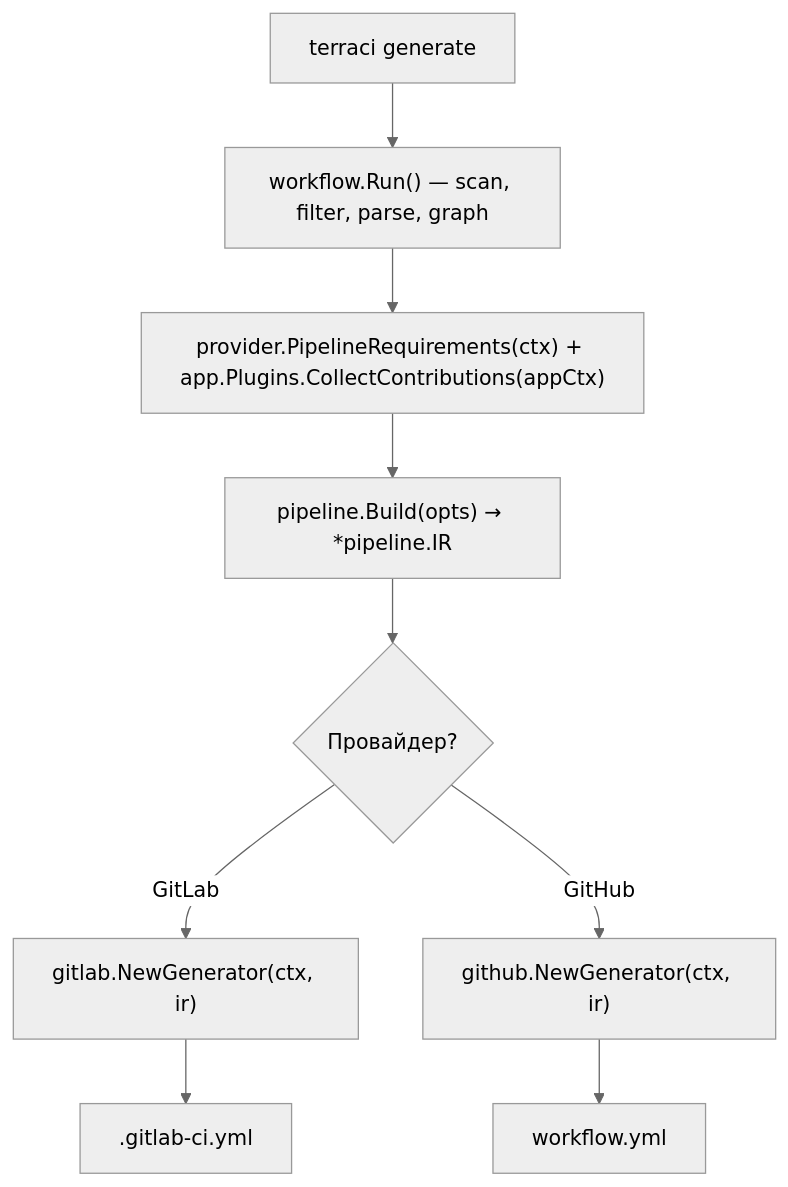
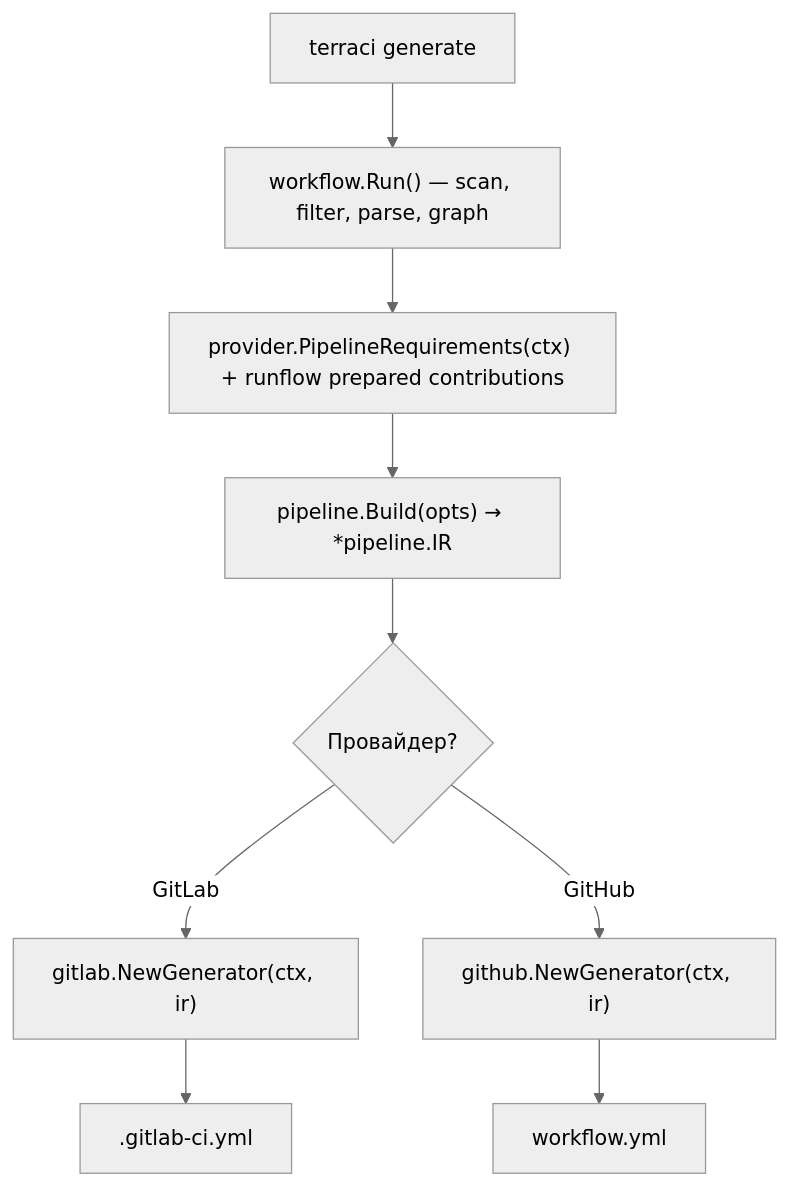
Before and after one commit to edelwud/terraci: the fourth of 4 diagrams in docs/ru/guide/how-it-works.md, drawn with Mermaid (neutral theme). The commit also changed other lines of this file and 47 other files, not shown here.

````diff
--- a/docs/ru/guide/how-it-works.md
+++ b/docs/ru/guide/how-it-works.md
@@ -214,10 +214,10 @@
 ```mermaid
 flowchart TD
   A["terraci generate"] --> B
   B["workflow.Run() — scan, filter, parse, graph"] --> C
-  C["provider.PipelineRequirements(ctx) + app.Plugins.CollectContributions(appCtx)"] --> D
+  C["provider.PipelineRequirements(ctx) + runflow prepared contributions"] --> D
   D["pipeline.Build(opts) → *pipeline.IR"] --> E
   E{"Провайдер?"}
   E -->|GitLab| F["gitlab.NewGenerator(ctx, ir)"] --> G[".gitlab-ci.yml"]
   E -->|GitHub| H["github.NewGenerator(ctx, ir)"] --> I["workflow.yml"]
 ```
````
